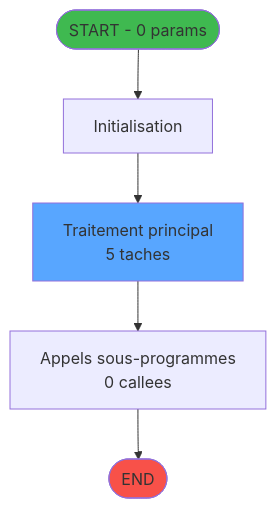
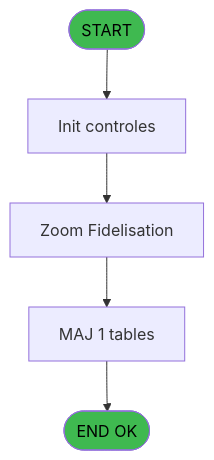
Before and after one commit to thonyAGP/magic-migration: the first of 3 diagrams in .openspec/specs/ADH-IDE-159.md, drawn with Mermaid. The commit also changed other lines of this file and 493 other files, not shown here.

````diff
--- a/.openspec/specs/ADH-IDE-159.md
+++ b/.openspec/specs/ADH-IDE-159.md
@@ -87,14 +102,14 @@
 ```mermaid
 flowchart TD
-    START([START - 0 params])
-    INIT["Initialisation"]
-    PROCESS["Traitement principal<br/>5 taches"]
-    CALLS["Appels sous-programmes<br/>0 callees"]
-    ENDOK([END])
+    START([START])
+    INIT[Init controles]
+    SAISIE[Zoom Fidelisation]
+    UPDATE[MAJ 1 tables]
+    ENDOK([END OK])
 
-    START --> INIT --> PROCESS --> CALLS --> ENDOK
+    START --> INIT --> SAISIE
+    SAISIE --> UPDATE --> ENDOK
 
-    style START fill:#3fb950
-    style ENDOK fill:#f85149
-    style PROCESS fill:#58a6ff
+    style START fill:#3fb950,color:#000
+    style ENDOK fill:#3fb950,color:#000
 ```
````
